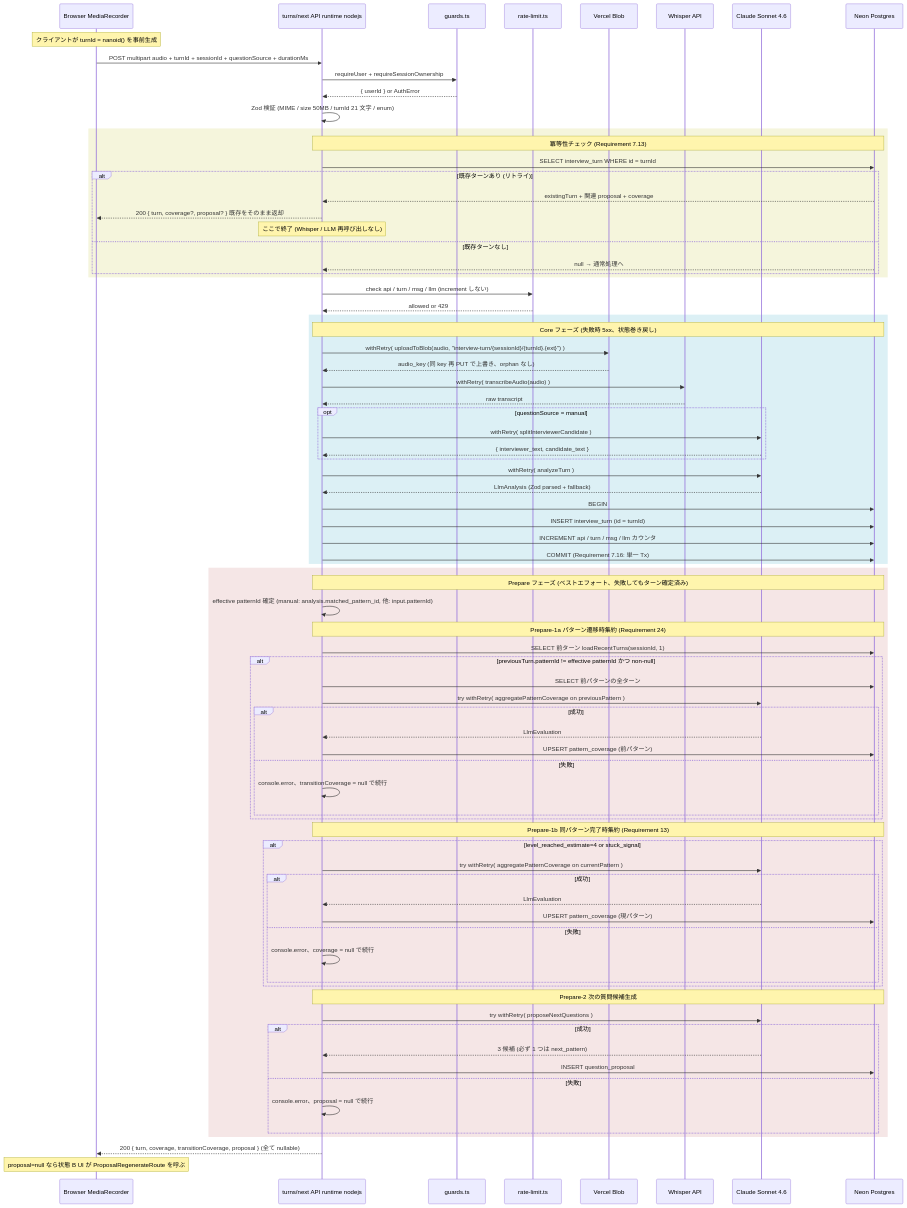
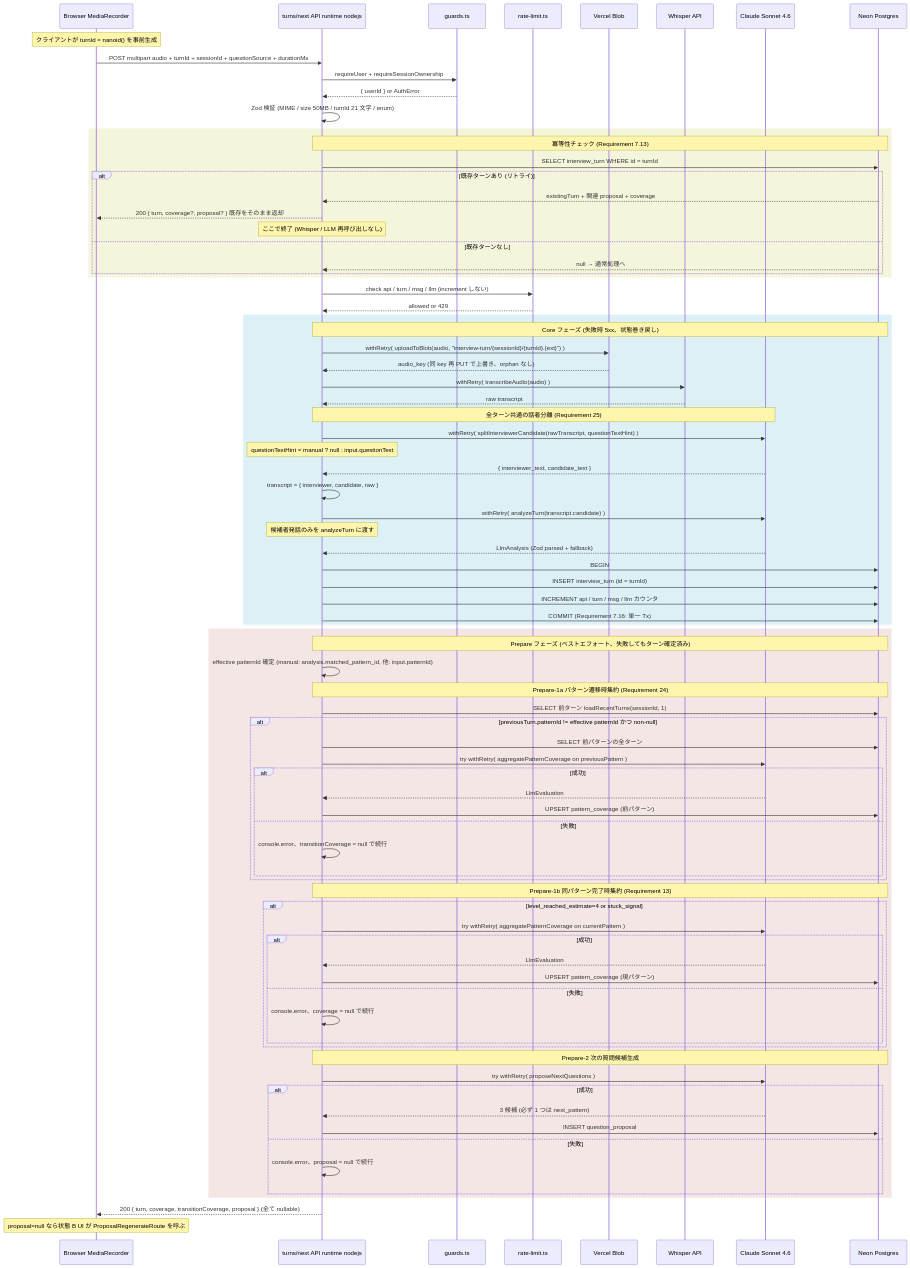
The third of 7 diagrams in .kiro/specs/assessment-engine/design.md (nonnta-ww/bulr-app-mvp), drawn with Mermaid before and after one commit. The commit also changed other lines of this file and 2 other files, not shown here.

```diff
--- a/.kiro/specs/assessment-engine/design.md
+++ b/.kiro/specs/assessment-engine/design.md
@@ -534,11 +535,13 @@
     V-->>A: audio_key (同 key 再 PUT で上書き、orphan なし)
     A->>W: withRetry( transcribeAudio(audio) )
     W-->>A: raw transcript
-    opt questionSource = manual
-        A->>LLM: withRetry( splitInterviewerCandidate )
-        LLM-->>A: { interviewer_text, candidate_text }
-    end
-    A->>LLM: withRetry( analyzeTurn )
+    Note over A,LLM: 全ターン共通の話者分離 (Requirement 25)
+    A->>LLM: withRetry( splitInterviewerCandidate(rawTranscript, questionTextHint) )
+    Note over A: questionTextHint = manual ? null : input.questionText
+    LLM-->>A: { interviewer_text, candidate_text }
+    A->>A: transcript = { interviewer, candidate, raw }
+    A->>LLM: withRetry( analyzeTurn(transcript.candidate) )
+    Note over A: 候補者発話のみを analyzeTurn に渡す
     LLM-->>A: LlmAnalysis (Zod parsed + fallback)
     A->>DB: BEGIN
     A->>DB: INSERT interview_turn (id = turnId)
```
